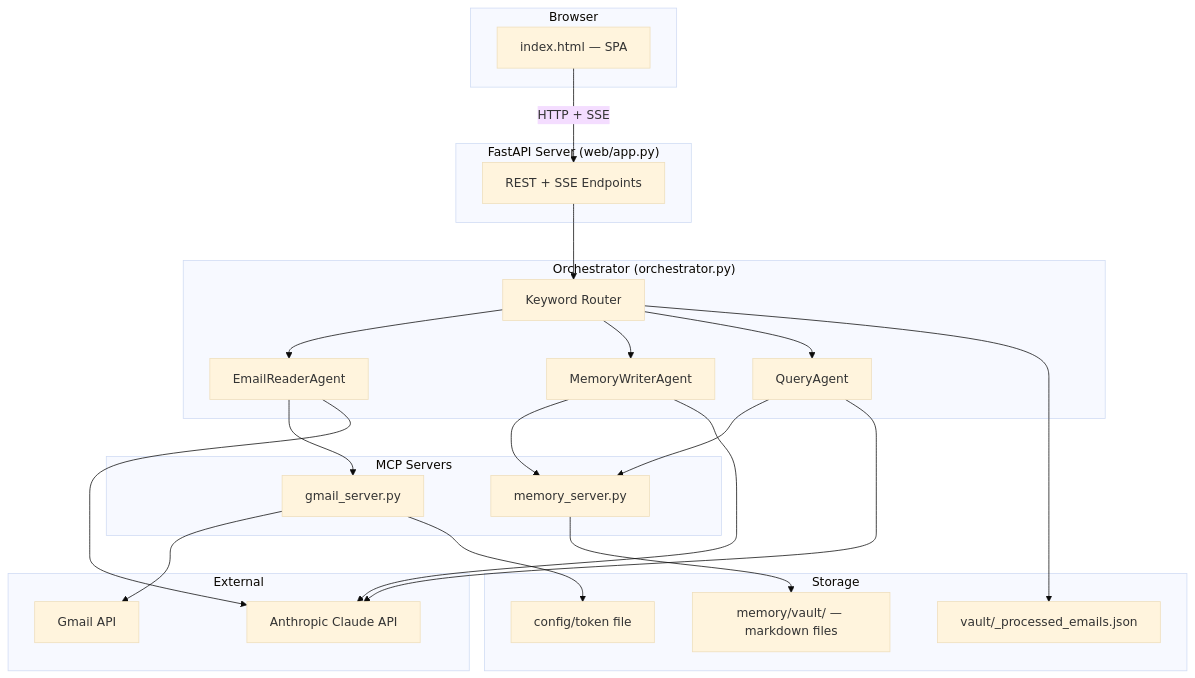
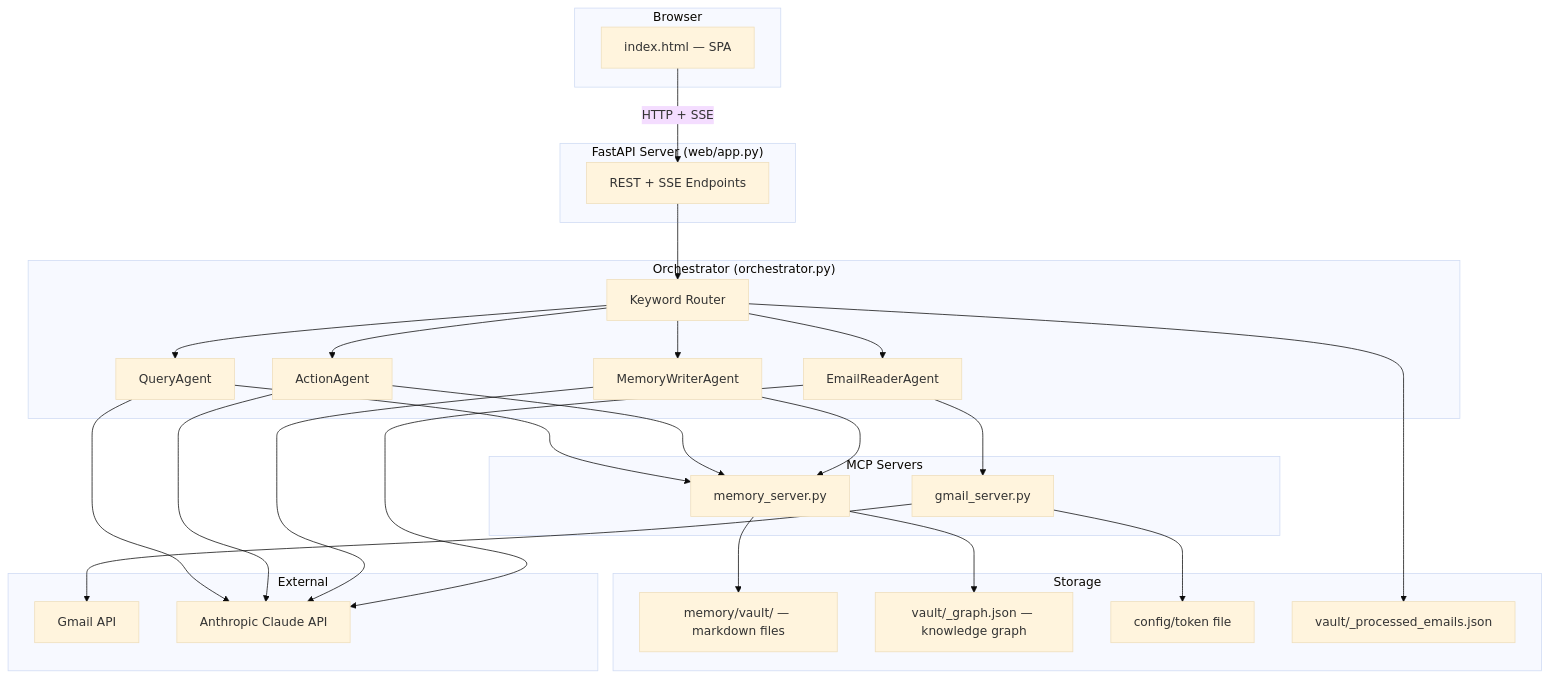
The diagram in docs/architecture-overview.md (ifeanyi-okafor/email-memory-agent), drawn with Mermaid (base theme) before and after one commit. The commit also changed other lines of this file and 7 other files, not shown here.

First line of the commit message:
Update docs for Action Required + Knowledge Graph feature

````diff
--- a/docs/architecture-overview.md
+++ b/docs/architecture-overview.md
@@ -5,49 +5,55 @@
 ```mermaid
 graph TB
     subgraph Browser
         UI[index.html — SPA]
     end
 
     subgraph "FastAPI Server (web/app.py)"
         API[REST + SSE Endpoints]
     end
 
     subgraph "Orchestrator (orchestrator.py)"
         Router[Keyword Router]
         ER[EmailReaderAgent]
         MW[MemoryWriterAgent]
+        AA[ActionAgent]
         QA[QueryAgent]
     end
 
     subgraph "MCP Servers"
         GS[gmail_server.py]
         MS[memory_server.py]
     end
 
     subgraph External
         Gmail[Gmail API]
         Claude[Anthropic Claude API]
     end
 
     subgraph Storage
         Vault[memory/vault/ — markdown files]
+        Graph[vault/_graph.json — knowledge graph]
         Token[config/token file]
         Processed[vault/_processed_emails.json]
     end
 
     UI -->|HTTP + SSE| API
     API --> Router
     Router --> ER
     Router --> MW
+    Router --> AA
     Router --> QA
     ER --> GS
     ER --> Claude
     MW --> MS
     MW --> Claude
+    AA --> MS
+    AA --> Claude
     QA --> MS
     QA --> Claude
     GS --> Gmail
     MS --> Vault
+    MS --> Graph
     GS --> Token
     Router --> Processed
 ```
````
